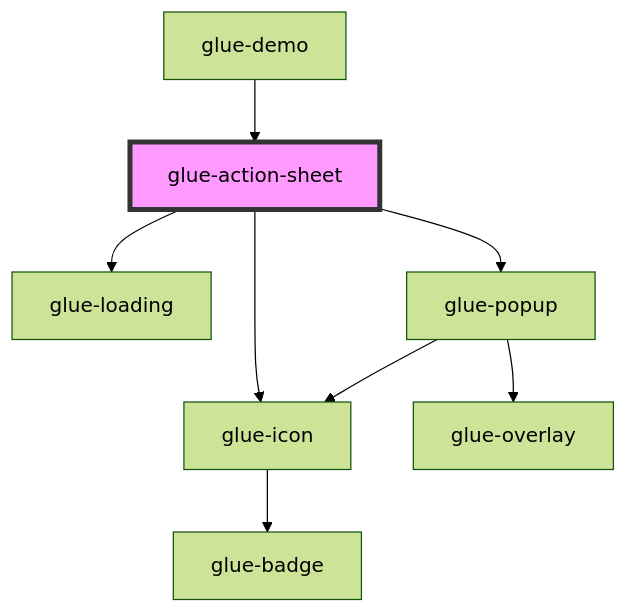
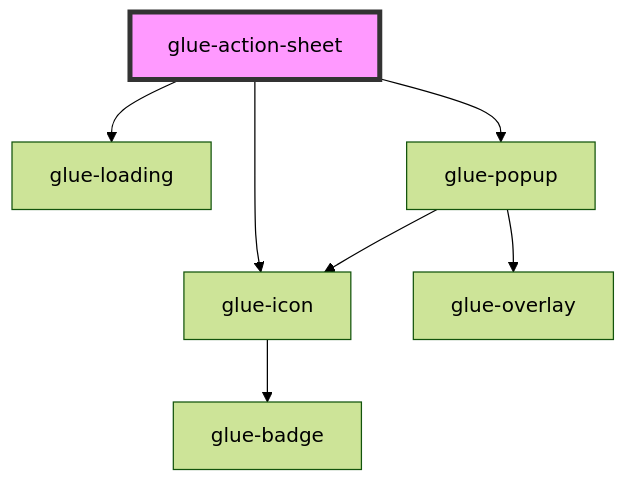
One commit to grasilife/glue changed the diagram in packages/glue-components/src/components/glue-action-sheet/readme.md. Above: the diagram before and after it, drawn with Mermaid (forest theme). The commit also changed other lines of this file and 4 other files, not shown here.

````diff
--- a/packages/glue-components/src/components/glue-action-sheet/readme.md
+++ b/packages/glue-components/src/components/glue-action-sheet/readme.md
@@ -54,11 +50,10 @@
 ```mermaid
 graph TD;
   glue-action-sheet --> glue-icon
   glue-action-sheet --> glue-loading
   glue-action-sheet --> glue-popup
   glue-icon --> glue-badge
   glue-popup --> glue-icon
   glue-popup --> glue-overlay
-  glue-demo --> glue-action-sheet
   style glue-action-sheet fill:#f9f,stroke:#333,stroke-width:4px
 ```
````
